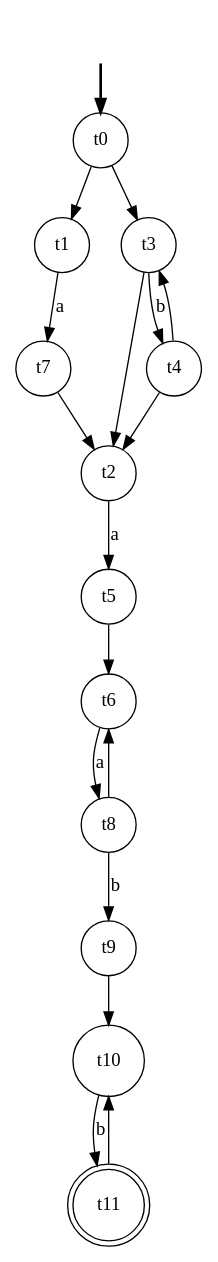
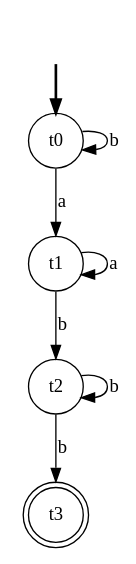
One commit to Raytr0/se3310assign2 changed the diagram in a2_q3.dot. Above: the diagram before and after it, drawn with Graphviz. The commit also changed 3 other files, not shown here.

```diff
--- a/a2_q3.dot
+++ b/a2_q3.dot
@@ -1,24 +1,14 @@
-digraph NFA {
+digraph {
     fake [style = invisible]
     t0 [root = true, shape = circle]
     fake -> t0 [style = bold]
+    node [shape=circle];
+    t3 [shape=doublecircle]
+    t0 -> t1 [label="a"];
+    t0 -> t0 [label="b"];
+    t1 -> t1 [label="a"];
+    t1 -> t2 [label="b"];
 
-    t11 [shape=doublecircle]
-    node [shape = circle];
-    t0 -> t1;
-    t1 -> t7 [label = "a"];
-    t7 -> t2 [label = ""];
-    t0 -> t3;
-    t3 -> t4 [label = "b"];
-    t4 -> t3 [label = ""];
-    t4 -> t2 [label = ""];
-    t3 -> t2 [label = ""];
-    t2 -> t5 [label = "a"];
-    t5 -> t6 [label = ""];
-    t6 -> t8 [label = "a"];
-    t8 -> t6 [label = ""];
-    t8 -> t9 [label = "b"];
-    t9 -> t10 [label = ""];
-    t10 -> t11 [label = "b"];
-    t11 -> t10 [label = ""];
+    t2 -> t2 [label="b"];
+    t2 -> t3 [label="b"];
 }
```
